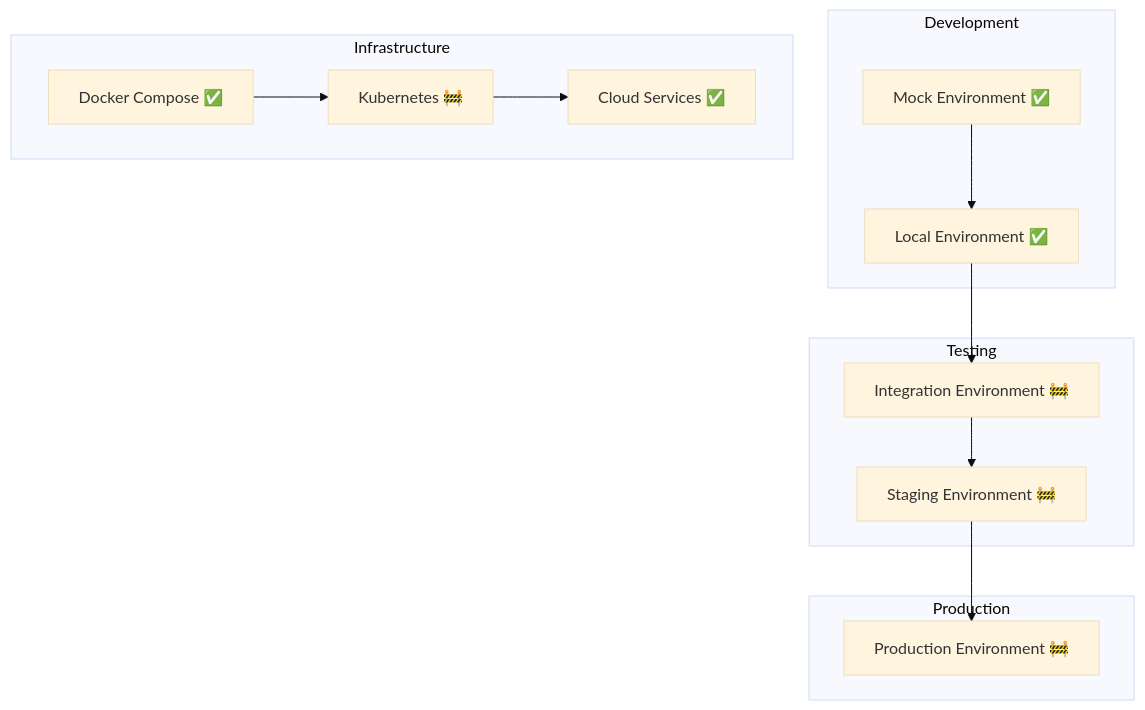
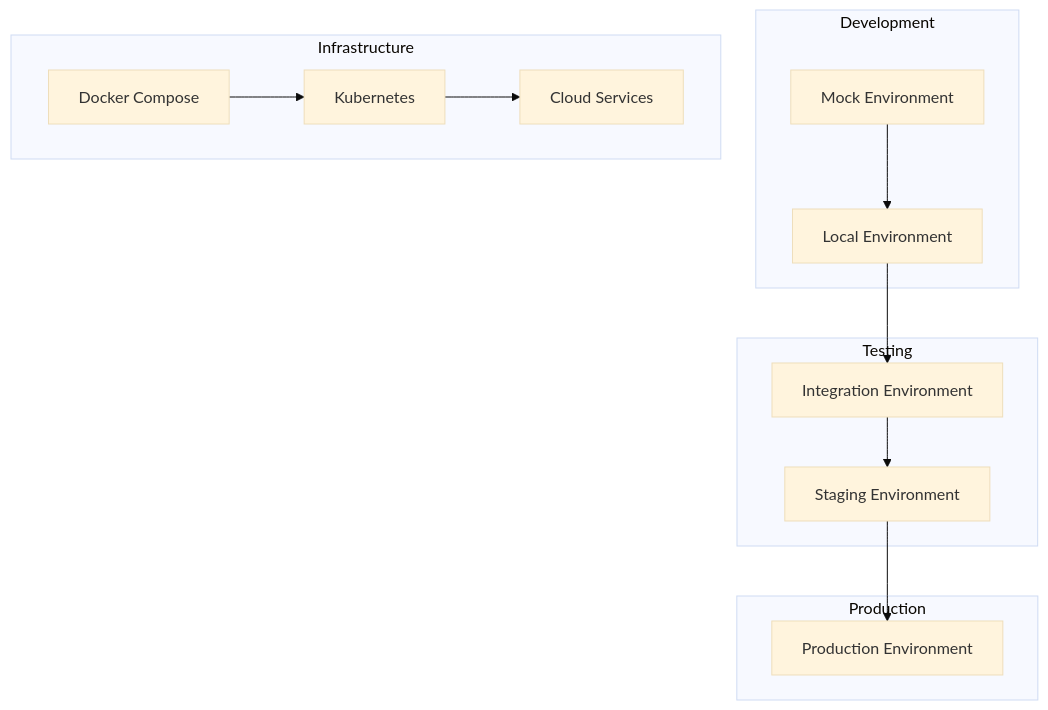
Before and after one commit to anabelenp/day_one_test_framework: the diagram in docs/environment_setup.md, drawn with Mermaid (base theme). The commit also changed other lines of this file and 103 other files, not shown here.

````diff
--- a/docs/environment_setup.md
+++ b/docs/environment_setup.md
@@ -9,20 +9,20 @@
 ```mermaid
 graph TB
     subgraph "Development"
-        A[Mock Environment ✅] --> B[Local Environment ✅]
+        A[Mock Environment ] --> B[Local Environment ]
     end
     
     subgraph "Testing"
-        B --> C[Integration Environment 🚧]
-        C --> D[Staging Environment 🚧]
+        B --> C[Integration Environment ]
+        C --> D[Staging Environment ]
     end
     
     subgraph "Production"
-        D --> E[Production Environment 🚧]
+        D --> E[Production Environment ]
     end
     
     subgraph "Infrastructure"
-        F[Docker Compose ✅] --> G[Kubernetes 🚧]
-        G --> H[Cloud Services ✅]
+        F[Docker Compose ] --> G[Kubernetes ]
+        G --> H[Cloud Services ]
     end
 ```
````
